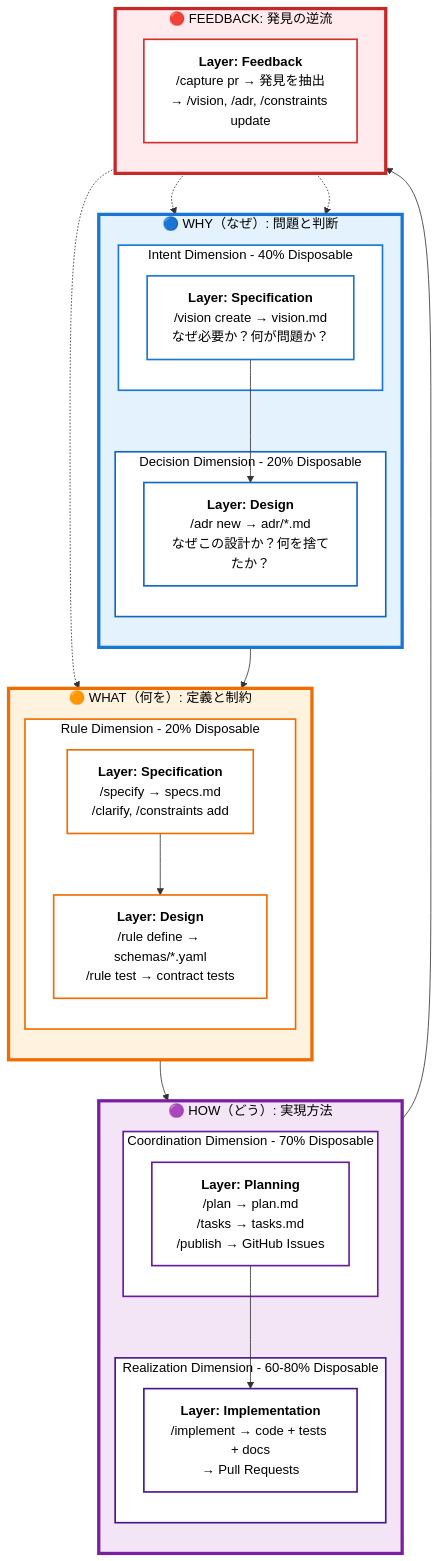
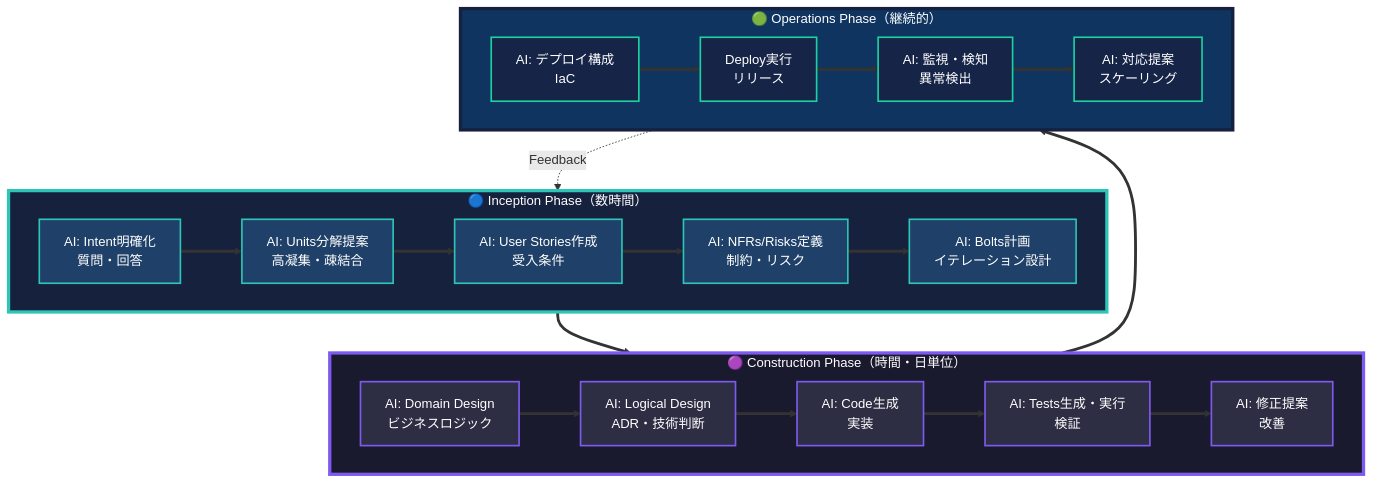
Before and after one commit to w-pinkietech/YokaKit_Studio: the fifth of 5 diagrams in README.md, drawn with Mermaid. The commit also changed other lines of this file and 9 other files, not shown here.

````diff
--- a/README.md
+++ b/README.md
@@ -211,64 +1166,56 @@
 ```mermaid
 flowchart TD
-    subgraph WHY ["🔵 WHY（なぜ）: 問題と判断"]
-        direction TB
-        subgraph Intent_Block ["Intent Dimension - 40% Disposable"]
-            Intent_Cmd["<b>Layer: Specification</b><br/>/vision create → vision.md<br/>なぜ必要か？何が問題か？"]
-        end
-        subgraph Decision_Block ["Decision Dimension - 20% Disposable"]
-            Decision_Cmd["<b>Layer: Design</b><br/>/adr new → adr/*.md<br/>なぜこの設計か？何を捨てたか？"]
-        end
+    subgraph Inception["🔵 Inception Phase（数時間）"]
+        I1[AI: Intent明確化<br/>質問・回答]
+        I2[AI: Units分解提案<br/>高凝集・疎結合]
+        I3[AI: User Stories作成<br/>受入条件]
+        I4[AI: NFRs/Risks定義<br/>制約・リスク]
+        I5[AI: Bolts計画<br/>イテレーション設計]
+
+        I1 ==> I2 ==> I3 ==> I4 ==> I5
     end
 
-    subgraph WHAT ["🟠 WHAT（何を）: 定義と制約"]
-        direction TB
-        subgraph Rule_Block ["Rule Dimension - 20% Disposable"]
-            Rule_Spec["<b>Layer: Specification</b><br/>/specify → specs.md<br/>/clarify, /constraints add"]
-            Rule_Design["<b>Layer: Design</b><br/>/rule define → schemas/*.yaml<br/>/rule test → contract tests"]
-        end
+    subgraph Construction["🟣 Construction Phase（時間・日単位）"]
+        C1[AI: Domain Design<br/>ビジネスロジック]
+        C2[AI: Logical Design<br/>ADR・技術判断]
+        C3[AI: Code生成<br/>実装]
+        C4[AI: Tests生成・実行<br/>検証]
+        C5[AI: 修正提案<br/>改善]
+
+        C1 ==> C2 ==> C3 ==> C4 ==> C5
     end
 
-    subgraph HOW ["🟣 HOW（どう）: 実現方法"]
-        direction TB
-        subgraph Coordination_Block ["Coordination Dimension - 70% Disposable"]
-            Coord_Plan["<b>Layer: Planning</b><br/>/plan → plan.md<br/>/tasks → tasks.md<br/>/publish → GitHub Issues"]
-        end
-        subgraph Realization_Block ["Realization Dimension - 60-80% Disposable"]
-            Real_Impl["<b>Layer: Implementation</b><br/>/implement → code + tests + docs<br/>→ Pull Requests"]
-        end
+    subgraph Operations["🟢 Operations Phase（継続的）"]
+        O1[AI: デプロイ構成<br/>IaC]
+        O2[Deploy実行<br/>リリース]
+        O3[AI: 監視・検知<br/>異常検出]
+        O4[AI: 対応提案<br/>スケーリング]
+
+        O1 ==> O2 ==> O3 ==> O4
     end
 
-    subgraph FEEDBACK ["🔴 FEEDBACK: 発見の逆流"]
-        direction TB
-        Feedback_Cmd["<b>Layer: Feedback</b><br/>/capture pr → 発見を抽出<br/>→ /vision, /adr, /constraints update"]
-    end
+    Inception ==> Construction
+    Construction ==> Operations
+    Operations -.Feedback.-> Inception
 
-    Intent_Cmd --> Decision_Cmd
-    Decision_Cmd --> Rule_Spec
-    Rule_Spec --> Rule_Design
-    Rule_Design --> Coord_Plan
-    Coord_Plan --> Real_Impl
-    Real_Impl --> Feedback_Cmd
-    Feedback_Cmd -.-> Rule_Spec
-    Feedback_Cmd -.-> Decision_Cmd
-    Feedback_Cmd -.-> Intent_Cmd
+    style Inception fill:#16213e,stroke:#2ec4b6,stroke-width:4px,color:#fff
+    style Construction fill:#1a1a2e,stroke:#7f5af0,stroke-width:4px,color:#fff
+    style Operations fill:#0f3460,stroke:#16213e,stroke-width:4px,color:#fff
 
-    style WHY fill:#e3f2fd,stroke:#1976d2,stroke-width:4px,color:#000
-    style WHAT fill:#fff3e0,stroke:#ef6c00,stroke-width:4px,color:#000
-    style HOW fill:#f3e5f5,stroke:#7b1fa2,stroke-width:4px,color:#000
-    style FEEDBACK fill:#ffebee,stroke:#c62828,stroke-width:4px,color:#000
+    style I1 fill:#1f4068,stroke:#2ec4b6,stroke-width:2px,color:#fff
+    style I2 fill:#1f4068,stroke:#2ec4b6,stroke-width:2px,color:#fff
+    style I3 fill:#1f4068,stroke:#2ec4b6,stroke-width:2px,color:#fff
+    style I4 fill:#1f4068,stroke:#2ec4b6,stroke-width:2px,color:#fff
+    style I5 fill:#1f4068,stroke:#2ec4b6,stroke-width:2px,color:#fff
 
-    style Intent_Block fill:#fff,stroke:#1976d2,stroke-width:2px,color:#000
-    style Decision_Block fill:#fff,stroke:#1565c0,stroke-width:2px,color:#000
-    style Rule_Block fill:#fff,stroke:#ef6c00,stroke-width:2px,color:#000
-    style Coordination_Block fill:#fff,stroke:#6a1b9a,stroke-width:2px,color:#000
-    style Realization_Block fill:#fff,stroke:#4a148c,stroke-width:2px,color:#000
+    style C1 fill:#2d2d44,stroke:#7f5af0,stroke-width:2px,color:#fff
+    style C2 fill:#2d2d44,stroke:#7f5af0,stroke-width:2px,color:#fff
+    style C3 fill:#2d2d44,stroke:#7f5af0,stroke-width:2px,color:#fff
+    style C4 fill:#2d2d44,stroke:#7f5af0,stroke-width:2px,color:#fff
+    style C5 fill:#2d2d44,stroke:#7f5af0,stroke-width:2px,color:#fff
 
-    style Intent_Cmd fill:#fff,stroke:#1976d2,stroke-width:2px,color:#000
-    style Decision_Cmd fill:#fff,stroke:#1565c0,stroke-width:2px,color:#000
-    style Rule_Spec fill:#fff,stroke:#ef6c00,stroke-width:2px,color:#000
-    style Rule_Design fill:#fff,stroke:#ef6c00,stroke-width:2px,color:#000
-    style Coord_Plan fill:#fff,stroke:#6a1b9a,stroke-width:2px,color:#000
-    style Real_Impl fill:#fff,stroke:#4a148c,stroke-width:2px,color:#000
-    style Feedback_Cmd fill:#fff,stroke:#d32f2f,stroke-width:2px,color:#000
+    style O1 fill:#162447,stroke:#1dd1a1,stroke-width:2px,color:#fff
+    style O2 fill:#162447,stroke:#1dd1a1,stroke-width:2px,color:#fff
+    style O3 fill:#162447,stroke:#1dd1a1,stroke-width:2px,color:#fff
+    style O4 fill:#162447,stroke:#1dd1a1,stroke-width:2px,color:#fff
 ```
````
